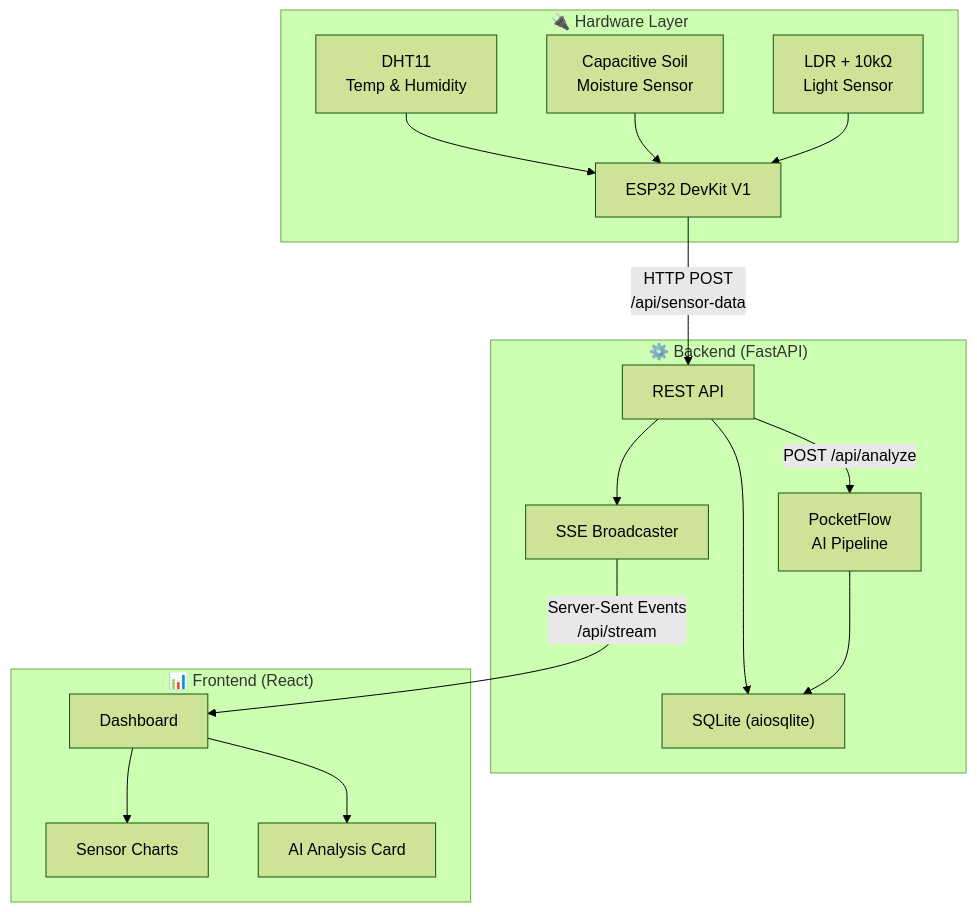
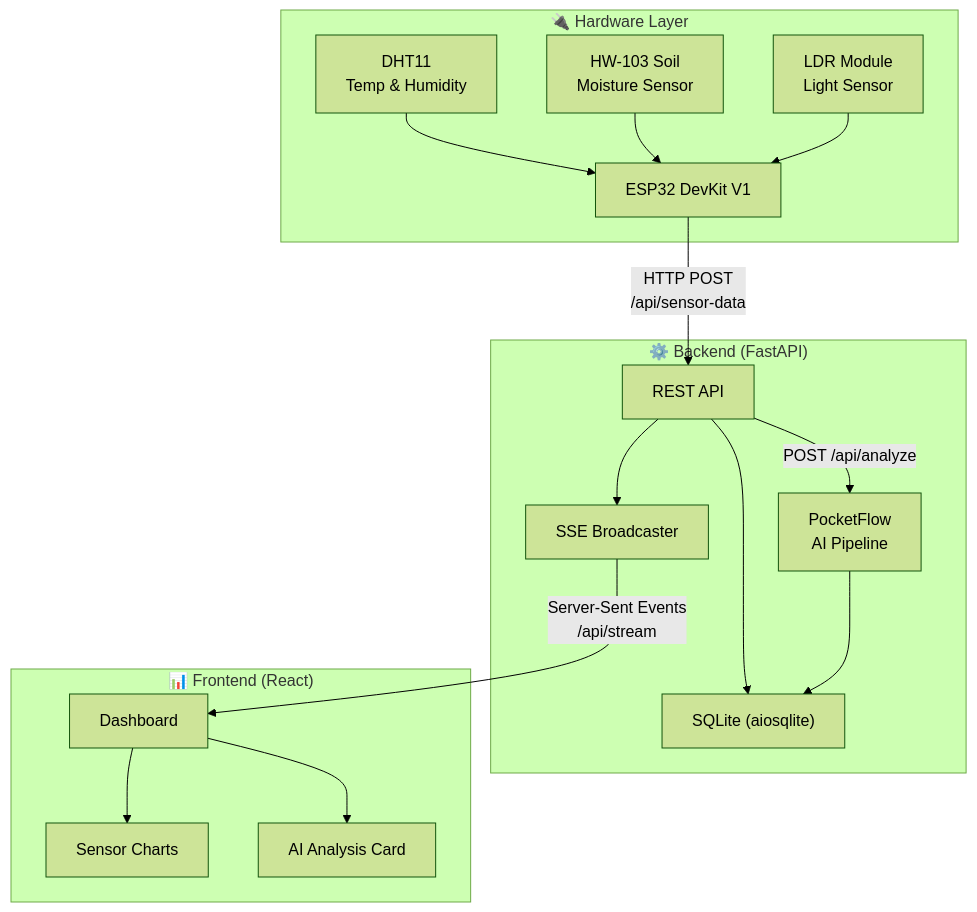
Before and after one commit to Moniya03/plant-health: the first of 4 diagrams in docs/architecture.md, drawn with Mermaid (forest theme). The commit also changed 14 other files, not shown here.

````diff
--- a/docs/architecture.md
+++ b/docs/architecture.md
@@ -7,34 +7,34 @@
 ```mermaid
 graph TB
   subgraph Hardware["🔌 Hardware Layer"]
     ESP32["ESP32 DevKit V1"]
     DHT11["DHT11<br/>Temp & Humidity"]
-    SOIL["Capacitive Soil<br/>Moisture Sensor"]
-    LDR["LDR + 10kΩ<br/>Light Sensor"]
+    SOIL["HW-103 Soil<br/>Moisture Sensor"]
+    LDR["LDR Module<br/>Light Sensor"]
   end
   
   subgraph Backend["⚙️ Backend (FastAPI)"]
     API["REST API"]
     SSE["SSE Broadcaster"]
     DB["SQLite (aiosqlite)"]
     AI["PocketFlow<br/>AI Pipeline"]
   end
   
   subgraph Frontend["📊 Frontend (React)"]
     Dashboard["Dashboard"]
     Charts["Sensor Charts"]
     Analysis["AI Analysis Card"]
   end
   
   DHT11 --> ESP32
   SOIL --> ESP32
   LDR --> ESP32
   ESP32 -->|"HTTP POST<br/>/api/sensor-data"| API
   API --> DB
   API --> SSE
   API -->|"POST /api/analyze"| AI
   AI --> DB
   SSE -->|"Server-Sent Events<br/>/api/stream"| Dashboard
   Dashboard --> Charts
   Dashboard --> Analysis
 ```
````
